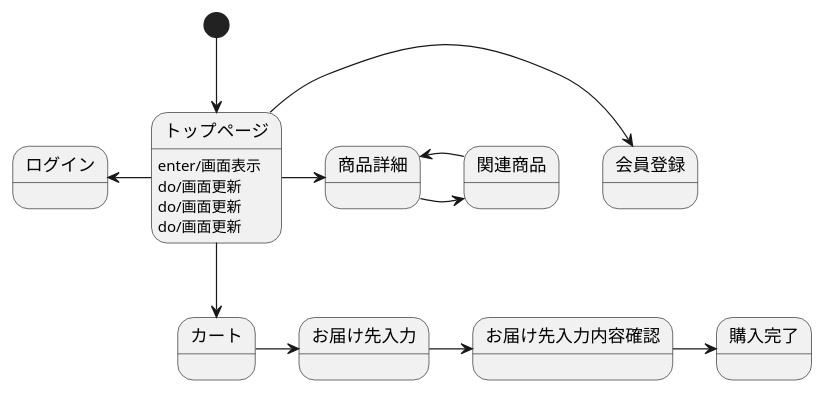
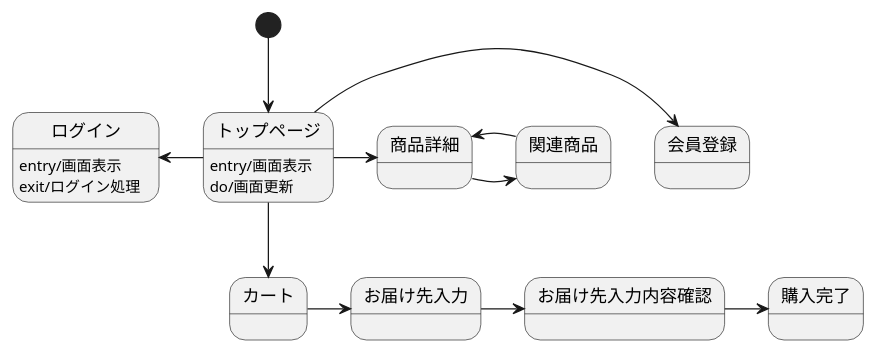
One commit to aso2001036/2021sys-design changed the diagram in 12.md. Above: the diagram before and after it, drawn with PlantUML.

````diff
--- a/12.md
+++ b/12.md
@@ -1,18 +1,18 @@
 ```uml
 @startuml
 [*] --> トップページ
 トップページ -> 会員登録
 トップページ -left-> ログイン
+ログイン : entry/画面表示
+ログイン : exit/ログイン処理
 トップページ --> カート
 トップページ -> 商品詳細
-トップページ : enter/画面表示
-トップページ : do/画面更新
-トップページ : do/画面更新
+トップページ : entry/画面表示
 トップページ : do/画面更新
 商品詳細 -> 関連商品
 関連商品 -> 商品詳細
 カート -> お届け先入力
 お届け先入力 -> お届け先入力内容確認
 お届け先入力内容確認 -> 購入完了
 @enduml
 ```
````
